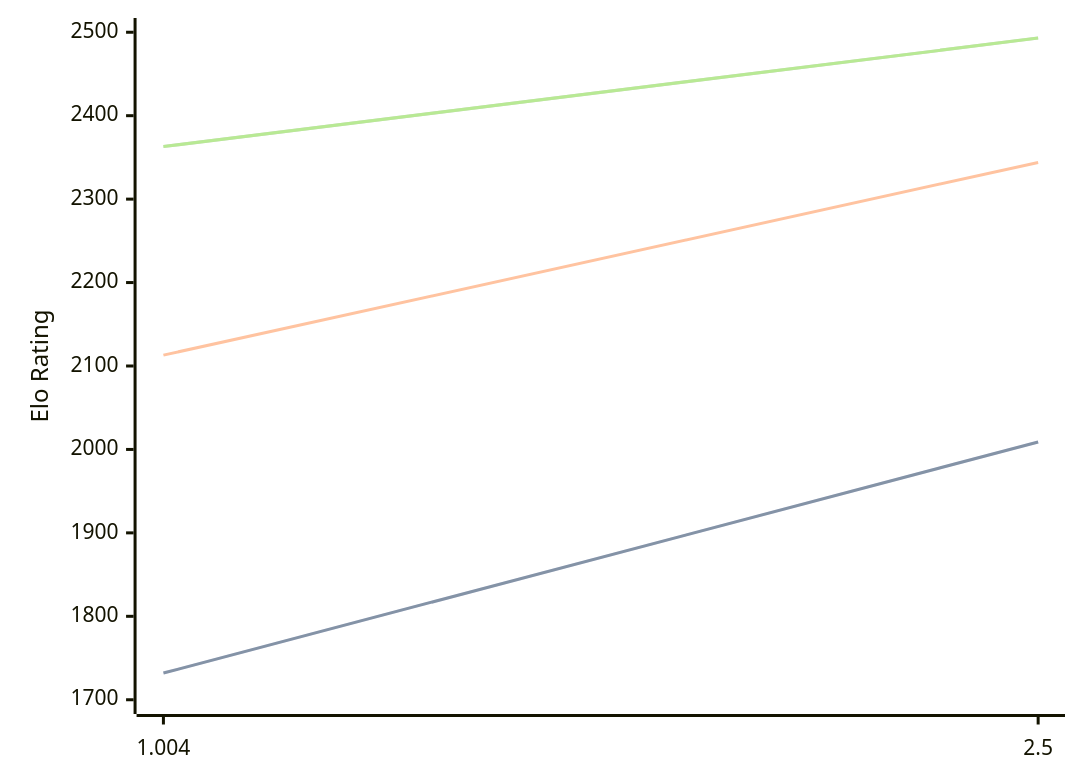
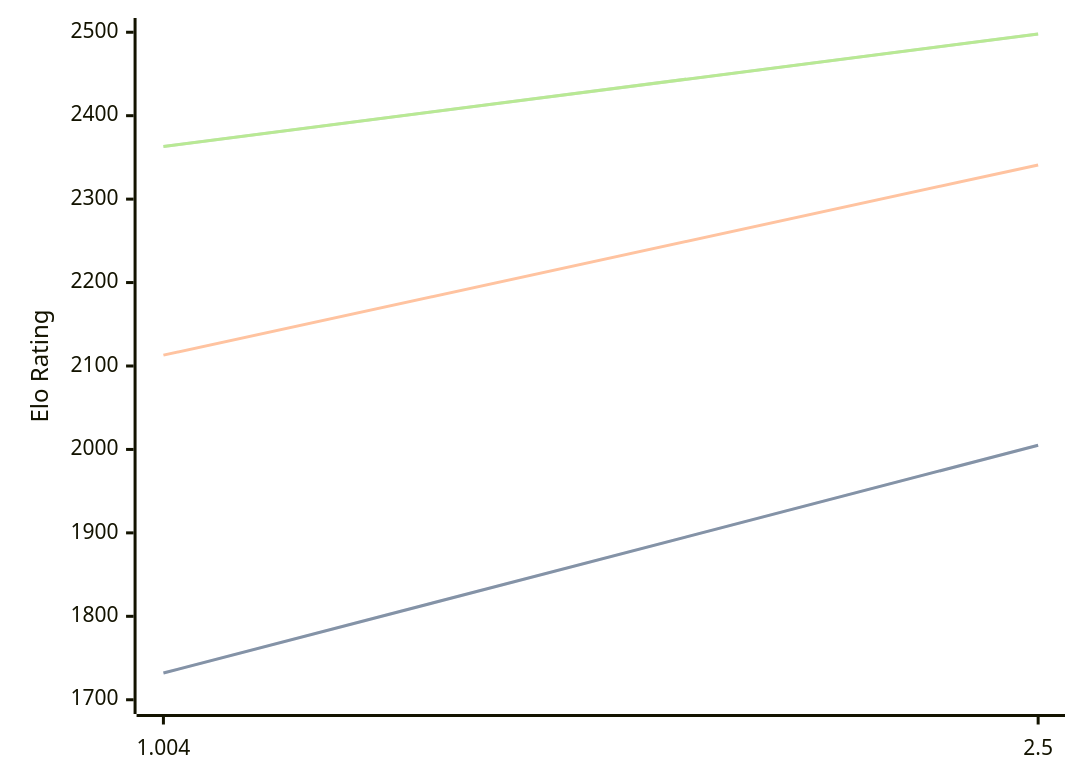
Before and after one commit to computer-chess-index/cci: the diagram in engines/Ares.md, drawn with Mermaid. The commit also changed other lines of this file, not shown here.

Commit message:
Update CCI Ratings (ELO VLTC) - 2026-03-16

````diff
--- a/engines/Ares.md
+++ b/engines/Ares.md
@@ -30,11 +30,11 @@
 ```mermaid
 %%{init: {"theme":"base","themeVariables":{"seriesColors:['#a3a3a3','#222221','#faa371']}}}%%
 xychart-beta
   x-axis ["1.004", "2.5"]
   y-axis "Elo Rating" 1700 --> 2500
-  line "STC (8.0+0.08s)" [1732, 2009]
-  line "STC (8.0+0.08s)" [1732, 2009]
-  line "LTC (60.0+0.60s)" [2113, 2344]
-  line "VLTC (2m24s+1.12s)" [2363, 2493]
-  line "VLTC (2m24s+1.12s)" [2363, 2493]
+  line "STC (8.0+0.08s)" [1732, 2005]
+  line "STC (8.0+0.08s)" [1732, 2005]
+  line "LTC (60.0+0.60s)" [2113, 2341]
+  line "VLTC (2m24s+1.12s)" [2363, 2498]
+  line "VLTC (2m24s+1.12s)" [2363, 2498]
 ```
````
